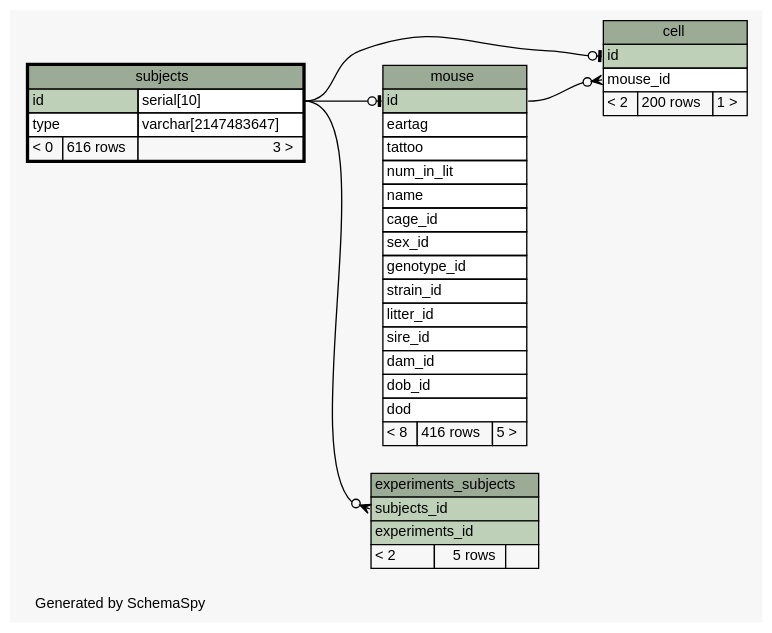
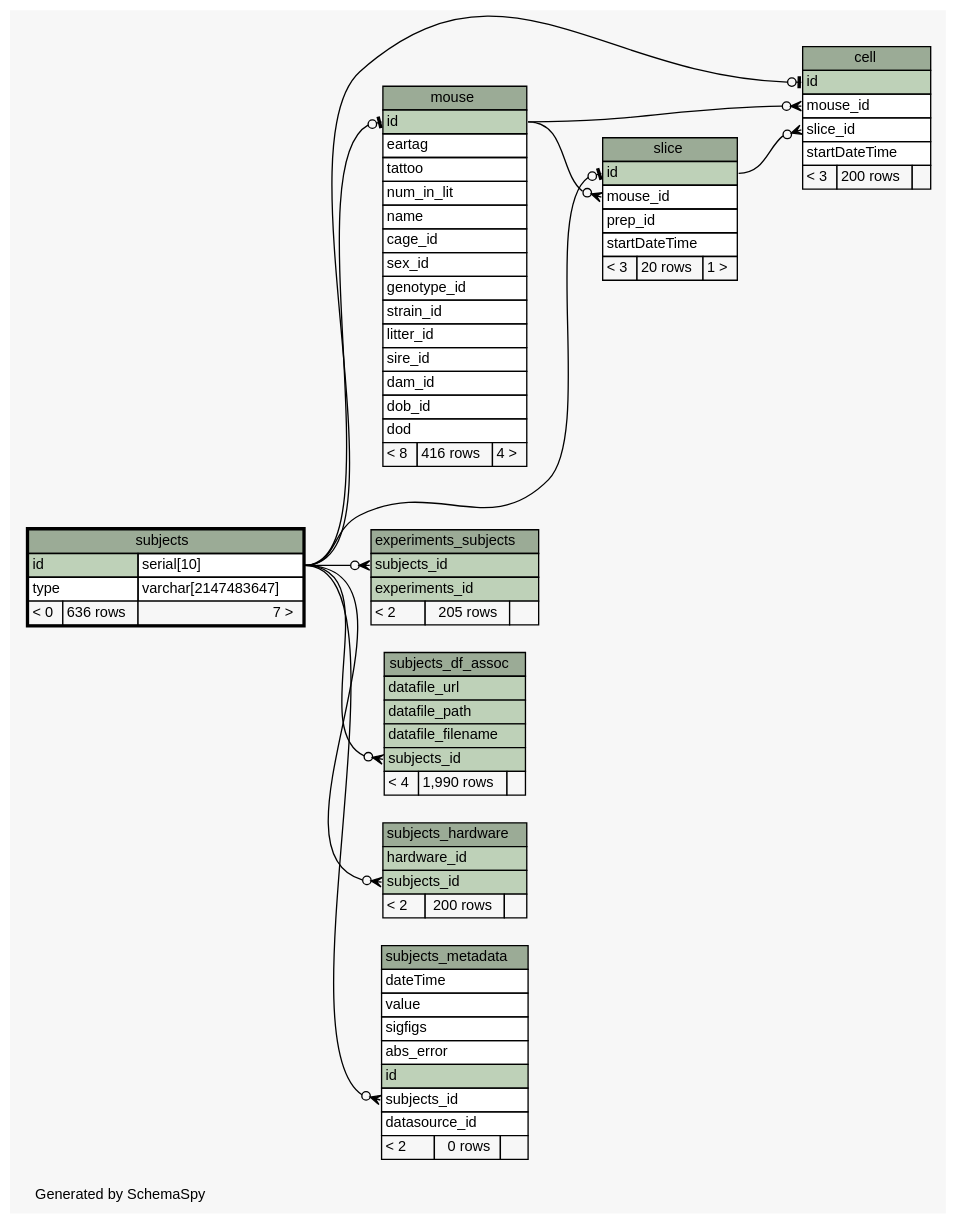
Before and after one commit to tgbugs/mlab: the diagram in database/ss/diagrams/subjects.1degree.dot, drawn with Graphviz. The commit also changed 292 other files, not shown here.

```diff
--- a/database/ss/diagrams/subjects.1degree.dot
+++ b/database/ss/diagrams/subjects.1degree.dot
@@ -1,82 +1,143 @@
-// dot 2.32.0 on Windows 7 6.1
+// dot 2.34.0 on Windows 7 6.1
 // SchemaSpy rev 590
 digraph "oneDegreeRelationshipsDiagram" {
   graph [
     rankdir="RL"
     bgcolor="#f7f7f7"
     label="\nGenerated by SchemaSpy"
     labeljust="l"
     nodesep="0.18"
     ranksep="0.46"
     fontname="Helvetica"
     fontsize="11"
   ];
   node [
     fontname="Helvetica"
     fontsize="11"
     shape="plaintext"
   ];
   edge [
     arrowsize="0.8"
   ];
   "cell":"id":w -> "subjects":"id.type":e [arrowhead=none dir=back arrowtail=teeodot];
   "cell":"mouse_id":w -> "mouse":"id":e [arrowhead=none dir=back arrowtail=crowodot];
+  "cell":"slice_id":w -> "slice":"id":e [arrowhead=none dir=back arrowtail=crowodot];
   "experiments_subjects":"subjects_id":w -> "subjects":"id.type":e [arrowhead=none dir=back arrowtail=crowodot];
   "mouse":"id":w -> "subjects":"id.type":e [arrowhead=none dir=back arrowtail=teeodot];
+  "slice":"id":w -> "subjects":"id.type":e [arrowhead=none dir=back arrowtail=teeodot];
+  "slice":"mouse_id":w -> "mouse":"id":e [arrowhead=none dir=back arrowtail=crowodot];
+  "subjects_df_assoc":"subjects_id":w -> "subjects":"id.type":e [arrowhead=none dir=back arrowtail=crowodot];
+  "subjects_hardware":"subjects_id":w -> "subjects":"id.type":e [arrowhead=none dir=back arrowtail=crowodot];
+  "subjects_metadata":"subjects_id":w -> "subjects":"id.type":e [arrowhead=none dir=back arrowtail=crowodot];
   "cell" [
     label=<
     <TABLE BORDER="0" CELLBORDER="1" CELLSPACING="0" BGCOLOR="#ffffff">
       <TR><TD COLSPAN="3" BGCOLOR="#9bab96" ALIGN="CENTER">cell</TD></TR>
       <TR><TD PORT="id" COLSPAN="3" BGCOLOR="#bed1b8" ALIGN="LEFT">id</TD></TR>
       <TR><TD PORT="mouse_id" COLSPAN="3" ALIGN="LEFT">mouse_id</TD></TR>
-      <TR><TD ALIGN="LEFT" BGCOLOR="#f7f7f7">&lt; 2</TD><TD ALIGN="RIGHT" BGCOLOR="#f7f7f7">200 rows</TD><TD ALIGN="RIGHT" BGCOLOR="#f7f7f7">1 &gt;</TD></TR>
+      <TR><TD PORT="slice_id" COLSPAN="3" ALIGN="LEFT">slice_id</TD></TR>
+      <TR><TD PORT="startDateTime" COLSPAN="3" ALIGN="LEFT">startDateTime</TD></TR>
+      <TR><TD ALIGN="LEFT" BGCOLOR="#f7f7f7">&lt; 3</TD><TD ALIGN="RIGHT" BGCOLOR="#f7f7f7">200 rows</TD><TD ALIGN="RIGHT" BGCOLOR="#f7f7f7">  </TD></TR>
     </TABLE>>
     URL="cell.html"
     tooltip="cell"
   ];
   "experiments_subjects" [
     label=<
     <TABLE BORDER="0" CELLBORDER="1" CELLSPACING="0" BGCOLOR="#ffffff">
       <TR><TD COLSPAN="3" BGCOLOR="#9bab96" ALIGN="CENTER">experiments_subjects</TD></TR>
       <TR><TD PORT="subjects_id" COLSPAN="3" BGCOLOR="#bed1b8" ALIGN="LEFT">subjects_id</TD></TR>
       <TR><TD PORT="experiments_id" COLSPAN="3" BGCOLOR="#bed1b8" ALIGN="LEFT">experiments_id</TD></TR>
-      <TR><TD ALIGN="LEFT" BGCOLOR="#f7f7f7">&lt; 2</TD><TD ALIGN="RIGHT" BGCOLOR="#f7f7f7">5 rows</TD><TD ALIGN="RIGHT" BGCOLOR="#f7f7f7">  </TD></TR>
+      <TR><TD ALIGN="LEFT" BGCOLOR="#f7f7f7">&lt; 2</TD><TD ALIGN="RIGHT" BGCOLOR="#f7f7f7">205 rows</TD><TD ALIGN="RIGHT" BGCOLOR="#f7f7f7">  </TD></TR>
     </TABLE>>
     URL="experiments_subjects.html"
     tooltip="experiments_subjects"
   ];
   "mouse" [
     label=<
     <TABLE BORDER="0" CELLBORDER="1" CELLSPACING="0" BGCOLOR="#ffffff">
       <TR><TD COLSPAN="3" BGCOLOR="#9bab96" ALIGN="CENTER">mouse</TD></TR>
       <TR><TD PORT="id" COLSPAN="3" BGCOLOR="#bed1b8" ALIGN="LEFT">id</TD></TR>
       <TR><TD PORT="eartag" COLSPAN="3" ALIGN="LEFT">eartag</TD></TR>
       <TR><TD PORT="tattoo" COLSPAN="3" ALIGN="LEFT">tattoo</TD></TR>
       <TR><TD PORT="num_in_lit" COLSPAN="3" ALIGN="LEFT">num_in_lit</TD></TR>
       <TR><TD PORT="name" COLSPAN="3" ALIGN="LEFT">name</TD></TR>
       <TR><TD PORT="cage_id" COLSPAN="3" ALIGN="LEFT">cage_id</TD></TR>
       <TR><TD PORT="sex_id" COLSPAN="3" ALIGN="LEFT">sex_id</TD></TR>
       <TR><TD PORT="genotype_id" COLSPAN="3" ALIGN="LEFT">genotype_id</TD></TR>
       <TR><TD PORT="strain_id" COLSPAN="3" ALIGN="LEFT">strain_id</TD></TR>
       <TR><TD PORT="litter_id" COLSPAN="3" ALIGN="LEFT">litter_id</TD></TR>
       <TR><TD PORT="sire_id" COLSPAN="3" ALIGN="LEFT">sire_id</TD></TR>
       <TR><TD PORT="dam_id" COLSPAN="3" ALIGN="LEFT">dam_id</TD></TR>
       <TR><TD PORT="dob_id" COLSPAN="3" ALIGN="LEFT">dob_id</TD></TR>
       <TR><TD PORT="dod" COLSPAN="3" ALIGN="LEFT">dod</TD></TR>
-      <TR><TD ALIGN="LEFT" BGCOLOR="#f7f7f7">&lt; 8</TD><TD ALIGN="RIGHT" BGCOLOR="#f7f7f7">416 rows</TD><TD ALIGN="RIGHT" BGCOLOR="#f7f7f7">5 &gt;</TD></TR>
+      <TR><TD ALIGN="LEFT" BGCOLOR="#f7f7f7">&lt; 8</TD><TD ALIGN="RIGHT" BGCOLOR="#f7f7f7">416 rows</TD><TD ALIGN="RIGHT" BGCOLOR="#f7f7f7">4 &gt;</TD></TR>
     </TABLE>>
     URL="mouse.html"
     tooltip="mouse"
+  ];
+  "slice" [
+    label=<
+    <TABLE BORDER="0" CELLBORDER="1" CELLSPACING="0" BGCOLOR="#ffffff">
+      <TR><TD COLSPAN="3" BGCOLOR="#9bab96" ALIGN="CENTER">slice</TD></TR>
+      <TR><TD PORT="id" COLSPAN="3" BGCOLOR="#bed1b8" ALIGN="LEFT">id</TD></TR>
+      <TR><TD PORT="mouse_id" COLSPAN="3" ALIGN="LEFT">mouse_id</TD></TR>
+      <TR><TD PORT="prep_id" COLSPAN="3" ALIGN="LEFT">prep_id</TD></TR>
+      <TR><TD PORT="startDateTime" COLSPAN="3" ALIGN="LEFT">startDateTime</TD></TR>
+      <TR><TD ALIGN="LEFT" BGCOLOR="#f7f7f7">&lt; 3</TD><TD ALIGN="RIGHT" BGCOLOR="#f7f7f7">20 rows</TD><TD ALIGN="RIGHT" BGCOLOR="#f7f7f7">1 &gt;</TD></TR>
+    </TABLE>>
+    URL="slice.html"
+    tooltip="slice"
   ];
   "subjects" [
     label=<
     <TABLE BORDER="2" CELLBORDER="1" CELLSPACING="0" BGCOLOR="#ffffff">
       <TR><TD COLSPAN="3" BGCOLOR="#9bab96" ALIGN="CENTER">subjects</TD></TR>
       <TR><TD PORT="id" COLSPAN="2" BGCOLOR="#bed1b8" ALIGN="LEFT">id</TD><TD PORT="id.type" ALIGN="LEFT">serial[10]</TD></TR>
       <TR><TD PORT="type" COLSPAN="2" ALIGN="LEFT">type</TD><TD PORT="type.type" ALIGN="LEFT">varchar[2147483647]</TD></TR>
-      <TR><TD ALIGN="LEFT" BGCOLOR="#f7f7f7">&lt; 0</TD><TD ALIGN="RIGHT" BGCOLOR="#f7f7f7">616 rows</TD><TD ALIGN="RIGHT" BGCOLOR="#f7f7f7">3 &gt;</TD></TR>
+      <TR><TD ALIGN="LEFT" BGCOLOR="#f7f7f7">&lt; 0</TD><TD ALIGN="RIGHT" BGCOLOR="#f7f7f7">636 rows</TD><TD ALIGN="RIGHT" BGCOLOR="#f7f7f7">7 &gt;</TD></TR>
     </TABLE>>
     URL="subjects.html"
     tooltip="subjects"
   ];
+  "subjects_df_assoc" [
+    label=<
+    <TABLE BORDER="0" CELLBORDER="1" CELLSPACING="0" BGCOLOR="#ffffff">
+      <TR><TD COLSPAN="3" BGCOLOR="#9bab96" ALIGN="CENTER">subjects_df_assoc</TD></TR>
+      <TR><TD PORT="datafile_url" COLSPAN="3" BGCOLOR="#bed1b8" ALIGN="LEFT">datafile_url</TD></TR>
+      <TR><TD PORT="datafile_path" COLSPAN="3" BGCOLOR="#bed1b8" ALIGN="LEFT">datafile_path</TD></TR>
+      <TR><TD PORT="datafile_filename" COLSPAN="3" BGCOLOR="#bed1b8" ALIGN="LEFT">datafile_filename</TD></TR>
+      <TR><TD PORT="subjects_id" COLSPAN="3" BGCOLOR="#bed1b8" ALIGN="LEFT">subjects_id</TD></TR>
+      <TR><TD ALIGN="LEFT" BGCOLOR="#f7f7f7">&lt; 4</TD><TD ALIGN="RIGHT" BGCOLOR="#f7f7f7">1,990 rows</TD><TD ALIGN="RIGHT" BGCOLOR="#f7f7f7">  </TD></TR>
+    </TABLE>>
+    URL="subjects_df_assoc.html"
+    tooltip="subjects_df_assoc"
+  ];
+  "subjects_hardware" [
+    label=<
+    <TABLE BORDER="0" CELLBORDER="1" CELLSPACING="0" BGCOLOR="#ffffff">
+      <TR><TD COLSPAN="3" BGCOLOR="#9bab96" ALIGN="CENTER">subjects_hardware</TD></TR>
+      <TR><TD PORT="hardware_id" COLSPAN="3" BGCOLOR="#bed1b8" ALIGN="LEFT">hardware_id</TD></TR>
+      <TR><TD PORT="subjects_id" COLSPAN="3" BGCOLOR="#bed1b8" ALIGN="LEFT">subjects_id</TD></TR>
+      <TR><TD ALIGN="LEFT" BGCOLOR="#f7f7f7">&lt; 2</TD><TD ALIGN="RIGHT" BGCOLOR="#f7f7f7">200 rows</TD><TD ALIGN="RIGHT" BGCOLOR="#f7f7f7">  </TD></TR>
+    </TABLE>>
+    URL="subjects_hardware.html"
+    tooltip="subjects_hardware"
+  ];
+  "subjects_metadata" [
+    label=<
+    <TABLE BORDER="0" CELLBORDER="1" CELLSPACING="0" BGCOLOR="#ffffff">
+      <TR><TD COLSPAN="3" BGCOLOR="#9bab96" ALIGN="CENTER">subjects_metadata</TD></TR>
+      <TR><TD PORT="dateTime" COLSPAN="3" ALIGN="LEFT">dateTime</TD></TR>
+      <TR><TD PORT="value" COLSPAN="3" ALIGN="LEFT">value</TD></TR>
+      <TR><TD PORT="sigfigs" COLSPAN="3" ALIGN="LEFT">sigfigs</TD></TR>
+      <TR><TD PORT="abs_error" COLSPAN="3" ALIGN="LEFT">abs_error</TD></TR>
+      <TR><TD PORT="id" COLSPAN="3" BGCOLOR="#bed1b8" ALIGN="LEFT">id</TD></TR>
+      <TR><TD PORT="subjects_id" COLSPAN="3" ALIGN="LEFT">subjects_id</TD></TR>
+      <TR><TD PORT="datasource_id" COLSPAN="3" ALIGN="LEFT">datasource_id</TD></TR>
+      <TR><TD ALIGN="LEFT" BGCOLOR="#f7f7f7">&lt; 2</TD><TD ALIGN="RIGHT" BGCOLOR="#f7f7f7">0 rows</TD><TD ALIGN="RIGHT" BGCOLOR="#f7f7f7">  </TD></TR>
+    </TABLE>>
+    URL="subjects_metadata.html"
+    tooltip="subjects_metadata"
+  ];
 }
```
